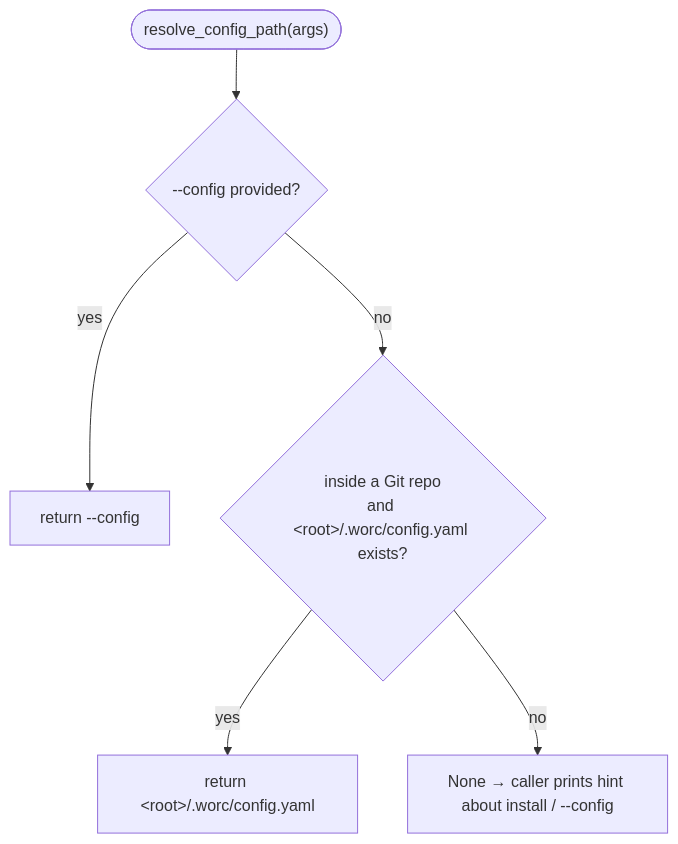
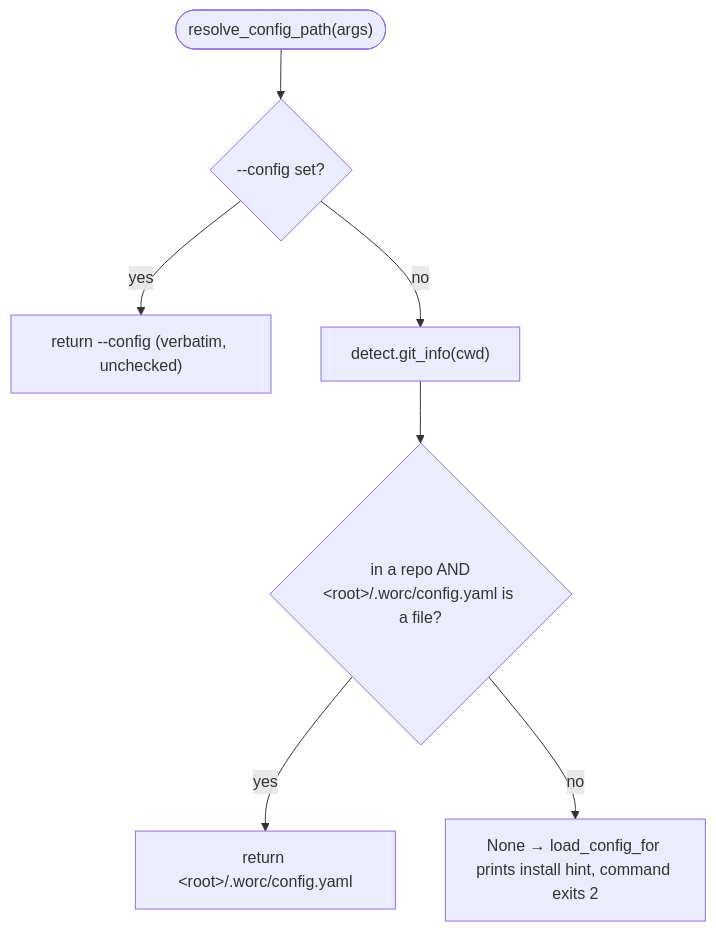
The diagram in docs/functional/blocks/B04-install-registry-and-config-discovery.md (VladimirMakarevich/wastech-orchestrator), drawn with Mermaid before and after one commit. The commit also changed other lines of this file and 39 other files, not shown here.

First line of the commit message:
docs: Add detailed documentation for new flows and components

````diff
--- a/docs/functional/blocks/B04-install-registry-and-config-discovery.md
+++ b/docs/functional/blocks/B04-install-registry-and-config-discovery.md
@@ -37,8 +31,9 @@
 ```mermaid
 flowchart TB
-    start(["resolve_config_path(args)"]) --> c1{"--config provided?"}
-    c1 -->|yes| r1["return --config"]
-    c1 -->|no| c2{"inside a Git repo<br/>and &lt;root&gt;/.worc/config.yaml exists?"}
+    start(["resolve_config_path(args)"]) --> c1{"--config set?"}
+    c1 -->|yes| r1["return --config (verbatim, unchecked)"]
+    c1 -->|no| g["detect.git_info(cwd)"]
+    g --> c2{"in a repo AND<br/>&lt;root&gt;/.worc/config.yaml is a file?"}
     c2 -->|yes| r2["return &lt;root&gt;/.worc/config.yaml"]
-    c2 -->|no| r3["None → caller prints hint about install / --config"]
+    c2 -->|no| r3["None → load_config_for prints install hint, command exits 2"]
 ```
````
